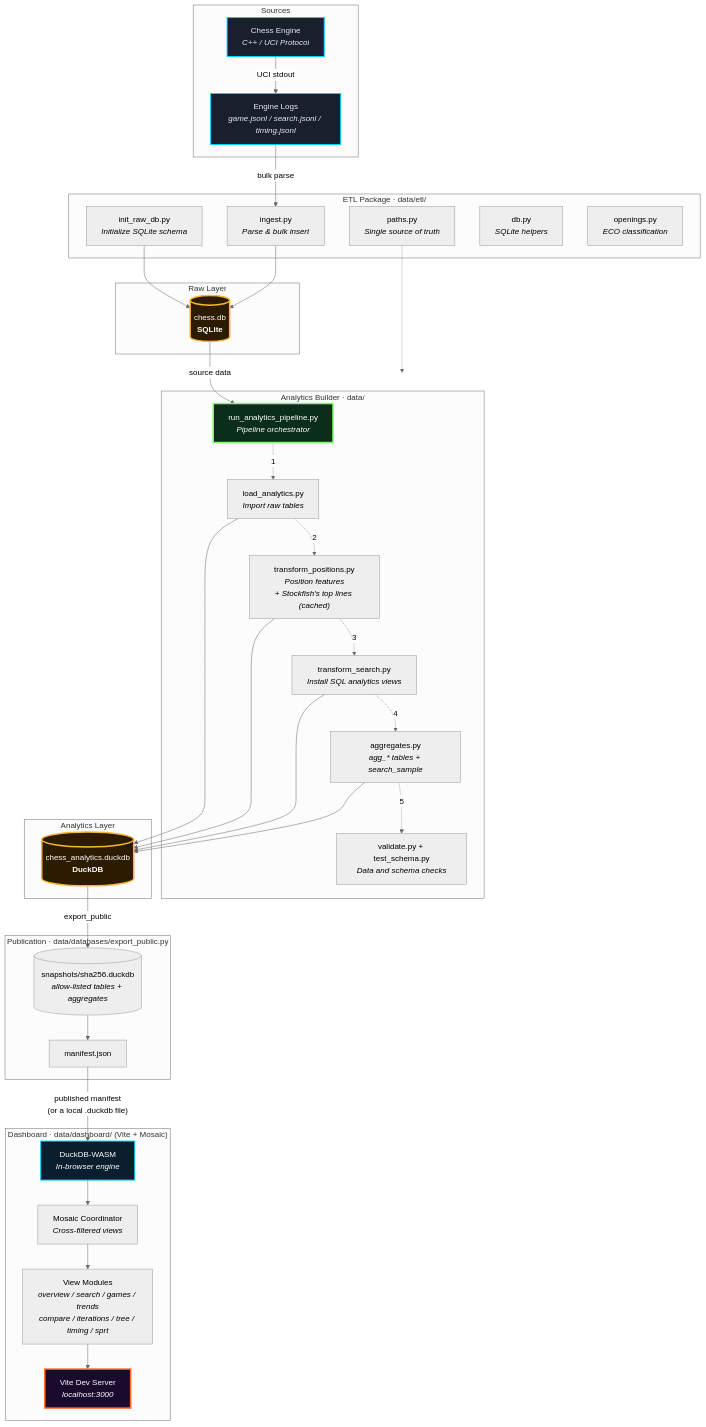
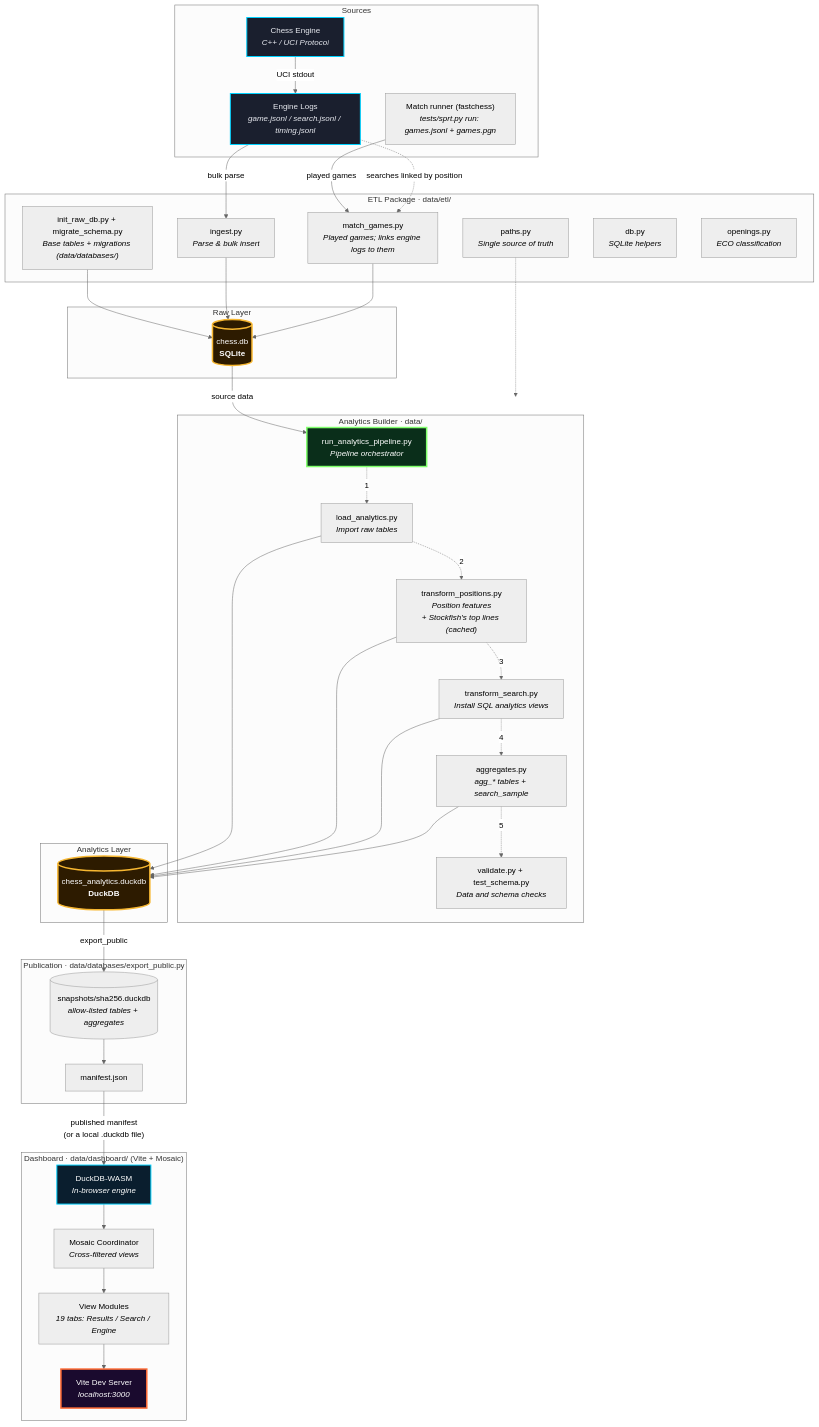
The diagram in docs/pipeline.md (maxolek/san-jacinto), drawn with Mermaid (neutral theme) before and after one commit. The commit also changed other lines of this file and 67 other files, not shown here.

```diff
--- a/docs/pipeline.md
+++ b/docs/pipeline.md
@@ -3,11 +3,13 @@
     subgraph Sources["Sources"]
         ENG["Chess Engine<br/><i>C++ / UCI Protocol</i>"]
         LOGS["Engine Logs<br/><i>game.jsonl / search.jsonl / timing.jsonl</i>"]
+        RUNNER["Match runner (fastchess)<br/><i>tests/sprt.py run: games.jsonl + games.pgn</i>"]
     end
 
     subgraph ETL["ETL Package · data/etl/"]
-        RAW["init_raw_db.py<br/><i>Initialize SQLite schema</i>"]
+        RAW["init_raw_db.py + migrate_schema.py<br/><i>Base tables + migrations (data/databases/)</i>"]
         ING["ingest.py<br/><i>Parse & bulk insert</i>"]
+        MG["match_games.py<br/><i>Played games; links engine logs to them</i>"]
         PATHS["paths.py<br/><i>Single source of truth</i>"]
         DB["db.py<br/><i>SQLite helpers</i>"]
         OPEN["openings.py<br/><i>ECO classification</i>"]
@@ -45,14 +47,17 @@
     subgraph Dashboard["Dashboard · data/dashboard/ (Vite + Mosaic)"]
         DKWASM["DuckDB-WASM<br/><i>In-browser engine</i>"]
         MOSAIC["Mosaic Coordinator<br/><i>Cross-filtered views</i>"]
-        VIEWS["View Modules<br/><i>overview / search / games / trends<br/>compare / iterations / tree / timing / sprt</i>"]
+        VIEWS["View Modules<br/><i>19 tabs: Results / Search / Engine</i>"]
         APP["Vite Dev Server<br/><i>localhost:3000</i>"]
     end
 
     ENG -->|"UCI stdout"| LOGS
     LOGS -->|"bulk parse"| ING
+    RUNNER -->|"played games"| MG
+    LOGS -.->|"searches linked by position"| MG
     RAW --> SQLITE
     ING --> SQLITE
+    MG --> SQLITE
 
     SQLITE -->|"source data"| RUN
 
```
